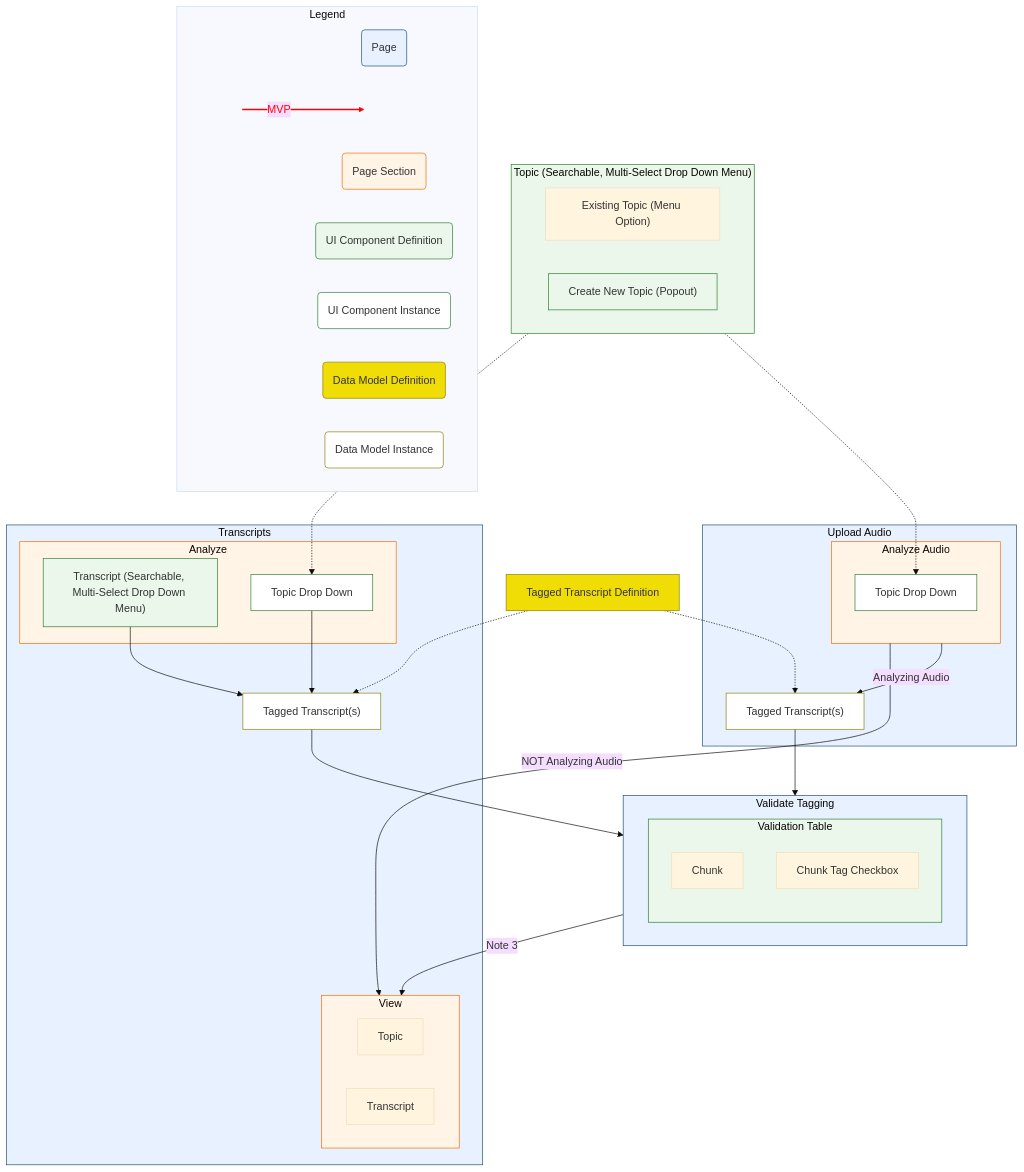
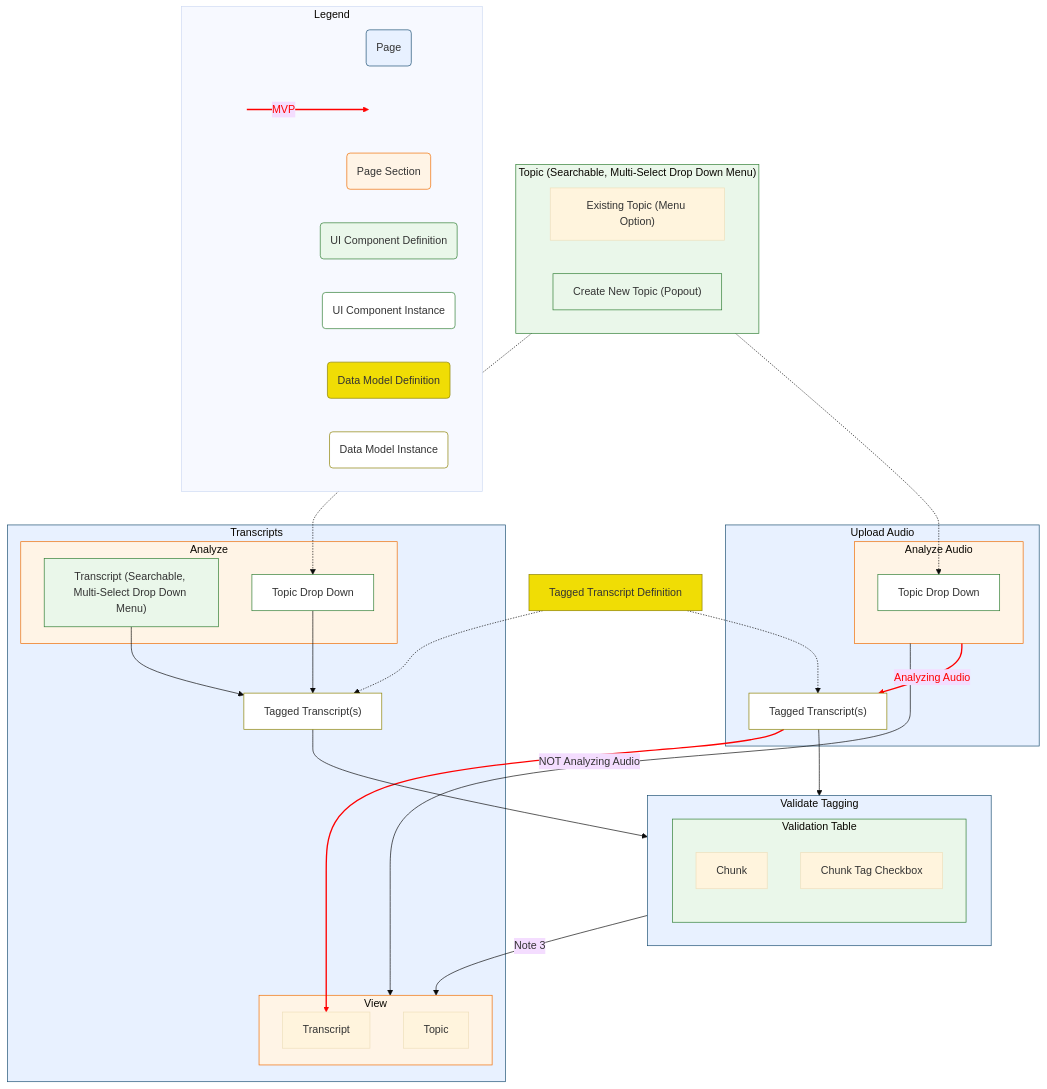
One commit to KarlSchoch/missour.ai changed the diagram in planning.md. Above: the diagram before and after it, drawn with Mermaid (base theme).

Commit message:
Begings adding MVP path to diagram.  Will need to add greater fidelity to viewing tagged transcripts

````diff
--- a/planning.md
+++ b/planning.md
@@ -22,75 +22,78 @@
 ```mermaid
 flowchart TB
     subgraph view["View"]
         topic["Topic"]
         transcript["Transcript"]
     end
     tagged_transcript_def["Tagged Transcript Definition"]
     subgraph topic_drop_down["Topic (Searchable, Multi-Select Drop Down Menu)"]
         existing_topic["Existing Topic (Menu Option)"]
         create_new_topic["Create New Topic (Popout)"]
     end
     subgraph analyze["Analyze"]
         transcript_drop_down["Transcript (Searchable, Multi-Select Drop Down Menu)"]
         topic_drop_down_imported1["Topic Drop Down"]
     end
     subgraph transcripts["Transcripts"]
         view
         analyze
         tagged_transcript_instantiation1["Tagged Transcript(s)"]
     end
     subgraph upload_audio["Upload Audio"]
         subgraph analyze_audio["Analyze Audio"]
             topic_drop_down_imported2["Topic Drop Down"]
         end
 		tagged_transcript_instantiation2["Tagged Transcript(s)"]
     end
     subgraph validate_tagging["Validate Tagging"]
         subgraph validation_table["Validation Table"]
             chunk["Chunk"]
             chunk_tag_checkbox["Chunk Tag Checkbox"]
         end
     end
 
 	subgraph Legend
 		direction LR
 			Page_Full("Page")
 			Page_Section("Page Section")
 			UI_Component_Definition("UI Component Definition")
 			UI_Component_Instance("UI Component Instance")
 			Data_Model_Definition("Data Model Definition")
 			Data_Model_Instance("Data Model Instance")
 			L1[ ] -->|MVP| L2[ ]
 	end
 
 	style L1 fill:transparent,stroke:transparent
 	style L2 fill:transparent,stroke:transparent
 	linkStyle 0 stroke:#FF0000,stroke-width:2px,color:#FF0000,labelBackground:transparent
 
     transcript_drop_down --> tagged_transcript_instantiation1
     topic_drop_down_imported1 --> tagged_transcript_instantiation1
     validate_tagging -->|Note 3| view
     topic_drop_down -.-> topic_drop_down_imported1
     topic_drop_down -.-> topic_drop_down_imported2
     analyze_audio -->|NOT Analyzing Audio| view
     analyze_audio -->|Analyzing Audio| tagged_transcript_instantiation2
+	linkStyle 7 stroke:#FF0000,stroke-width:2px,color:#FF0000,labelBackground:transparent
     tagged_transcript_instantiation2 --> validate_tagging
     tagged_transcript_instantiation1 --> validate_tagging
+	tagged_transcript_instantiation2 --> transcript
+	linkStyle 10 stroke:#FF0000,stroke-width:2px,color:#FF0000,labelBackground:transparent
     tagged_transcript_def -.-> tagged_transcript_instantiation1
     tagged_transcript_def -.-> tagged_transcript_instantiation2
 
 
     classDef page fill:#E8F1FF,stroke:#1B4F72,stroke-width:1px;
     classDef section fill:#FFF4E6,stroke:#EF6C00,stroke-width:1px;
     classDef ui_def fill:#EAF7EA,stroke:#2E7D32,stroke-width:1px;
     classDef ui_instance fill:#FFFFFF,stroke:#2E7D32,stroke-width:1px;
     classDef data_model_def fill:#F0DD05,stroke:#8B8000,stroke-width:1px;
     classDef data_model_instance fill:#FFFFFF,stroke:#8B8000,stroke-width:1px;
 
     class transcripts,upload_audio,validate_tagging,Page_Full page;
     class analyze,analyze_audio,view,Page_Section section;
     class topic_drop_down,transcript_drop_down,validation_table,create_new_topic,UI_Component_Definition ui_def;
     class topic_drop_down_imported1,topic_drop_down_imported2,UI_Component_Instance ui_instance;
     class tagged_transcript_def,Data_Model_Definition data_model_def;
     class tagged_transcript_instantiation1,tagged_transcript_instantiation2,Data_Model_Instance data_model_instance;
 ```
````
